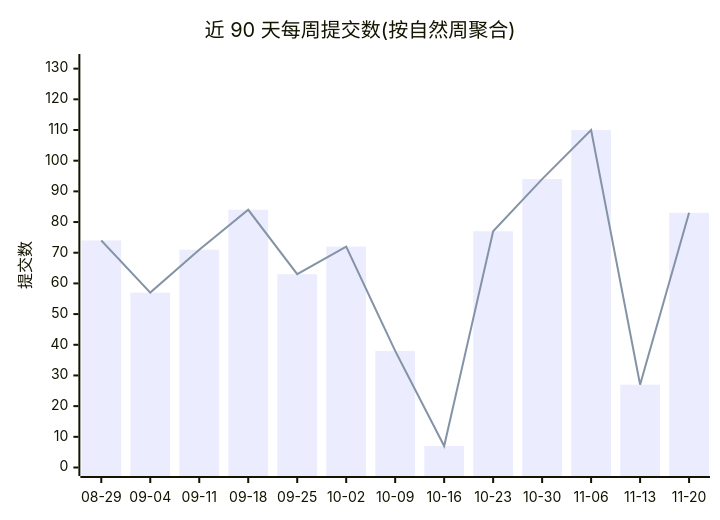
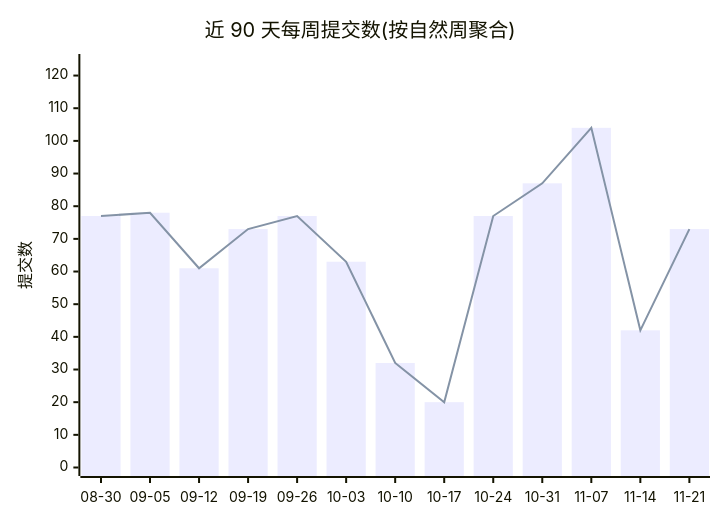
Before and after one commit to Conflux-Union/.github: the first of 2 diagrams in profile/README.md, drawn with Mermaid. The commit also changed other lines of this file and 1 other file, not shown here.

````diff
--- a/profile/README.md
+++ b/profile/README.md
@@ -47,8 +47,8 @@
 ```mermaid
 xychart-beta
     title "近 90 天每周提交数(按自然周聚合)"
-    x-axis ["08-29", "09-04", "09-11", "09-18", "09-25", "10-02", "10-09", "10-16", "10-23", "10-30", "11-06", "11-13", "11-20"]
-    y-axis "提交数" 0 --> 132
-    bar [74, 57, 71, 84, 63, 72, 38, 7, 77, 94, 110, 27, 83]
-    line [74, 57, 71, 84, 63, 72, 38, 7, 77, 94, 110, 27, 83]
+    x-axis ["08-30", "09-05", "09-12", "09-19", "09-26", "10-03", "10-10", "10-17", "10-24", "10-31", "11-07", "11-14", "11-21"]
+    y-axis "提交数" 0 --> 124
+    bar [77, 78, 61, 73, 77, 63, 32, 20, 77, 87, 104, 42, 73]
+    line [77, 78, 61, 73, 77, 63, 32, 20, 77, 87, 104, 42, 73]
 ```
````
